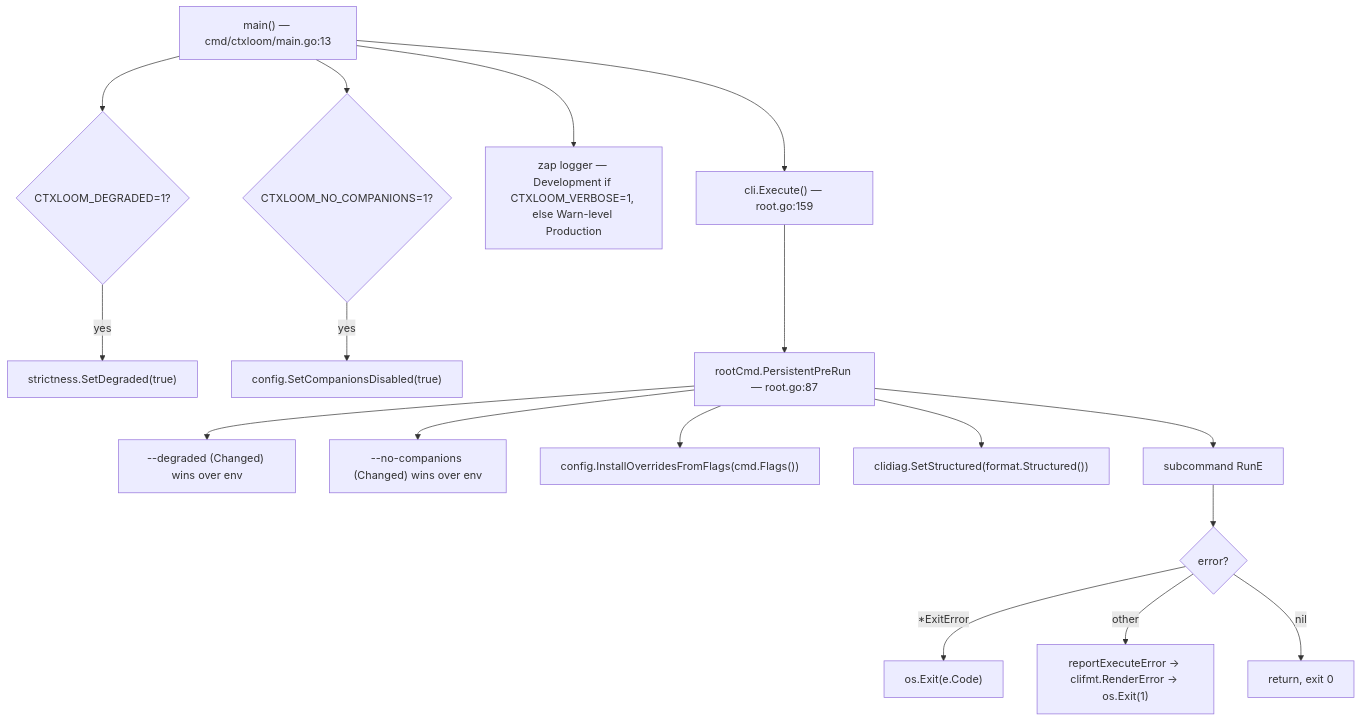
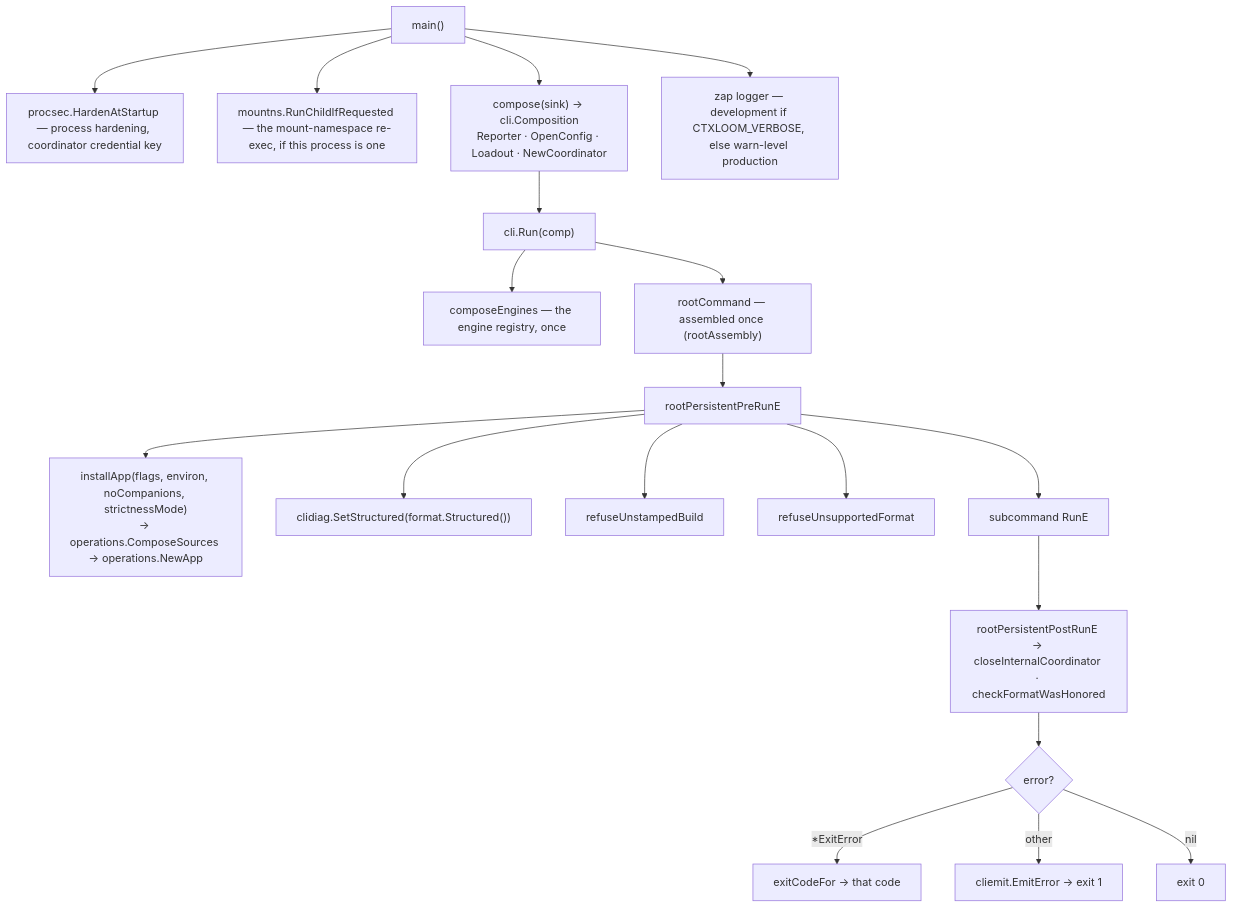
One commit to ctxloom/ctxloom changed the diagram in docs/architecture/cli/entrypoints.md. Above: the diagram before and after it, drawn with Mermaid. The commit also changed other lines of this file, not shown here.

First line of the commit message:
docs(architecture): entrypoints drops its file:line censuses

````diff
--- a/docs/architecture/cli/entrypoints.md
+++ b/docs/architecture/cli/entrypoints.md
@@ -29,20 +24,22 @@
 ```mermaid
 flowchart TD
-    M["main() — cmd/ctxloom/main.go:13"]
-    M --> D{"CTXLOOM_DEGRADED=1?"}
-    D -->|yes| SD["strictness.SetDegraded(true)"]
-    M --> NC{"CTXLOOM_NO_COMPANIONS=1?"}
-    NC -->|yes| SC["config.SetCompanionsDisabled(true)"]
-    M --> LOG["zap logger — Development if CTXLOOM_VERBOSE=1, else Warn-level Production"]
-    M --> EX["cli.Execute() — root.go:159"]
-    EX --> PPR["rootCmd.PersistentPreRun — root.go:87"]
-    PPR --> F1["--degraded (Changed) wins over env"]
-    PPR --> F2["--no-companions (Changed) wins over env"]
-    PPR --> F3["config.InstallOverridesFromFlags(cmd.Flags())"]
-    PPR --> F4["clidiag.SetStructured(format.Structured())"]
+    M["main()"]
+    M --> PS["procsec.HardenAtStartup — process hardening, coordinator credential key"]
+    M --> MN["mountns.RunChildIfRequested — the mount-namespace re-exec, if this process is one"]
+    M --> CO["compose(sink) → cli.Composition<br/>Reporter · OpenConfig · Loadout · NewCoordinator"]
+    M --> LOG["zap logger — development if CTXLOOM_VERBOSE, else warn-level production"]
+    CO --> RUN["cli.Run(comp)"]
+    RUN --> CE["composeEngines — the engine registry, once"]
+    RUN --> RC["rootCommand — assembled once (rootAssembly)"]
+    RC --> PPR["rootPersistentPreRunE"]
+    PPR --> IA["installApp(flags, environ, noCompanions, strictnessMode)<br/>→ operations.ComposeSources → operations.NewApp"]
+    PPR --> FG["clidiag.SetStructured(format.Structured())"]
+    PPR --> RUB["refuseUnstampedBuild"]
+    PPR --> RUF["refuseUnsupportedFormat"]
     PPR --> RUNE["subcommand RunE"]
-    RUNE --> ERR{"error?"}
-    ERR -->|"*ExitError"| CODE["os.Exit(e.Code)"]
-    ERR -->|other| REP["reportExecuteError → clifmt.RenderError → os.Exit(1)"]
-    ERR -->|nil| OK["return, exit 0"]
+    RUNE --> POST["rootPersistentPostRunE → closeInternalCoordinator · checkFormatWasHonored"]
+    POST --> ERR{"error?"}
+    ERR -->|"*ExitError"| CODE["exitCodeFor → that code"]
+    ERR -->|other| REP["cliemit.EmitError → exit 1"]
+    ERR -->|nil| OK["exit 0"]
 ```
````
